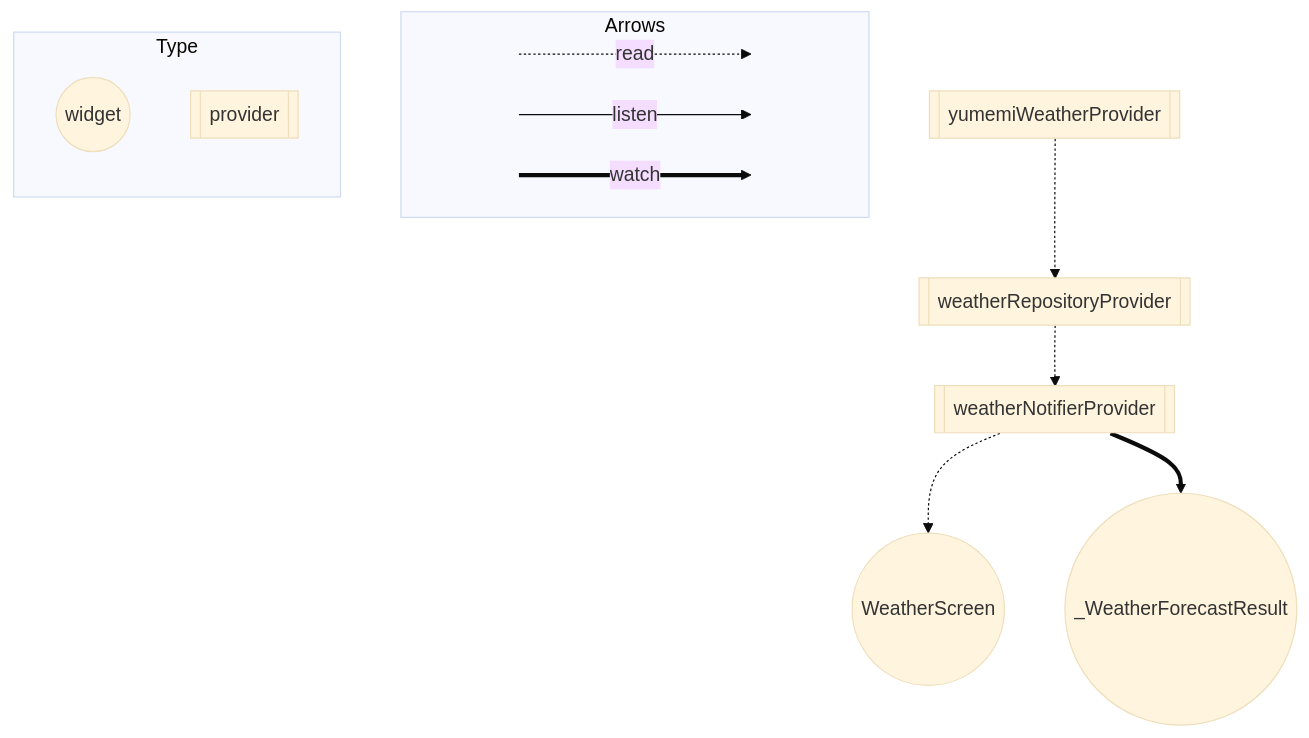
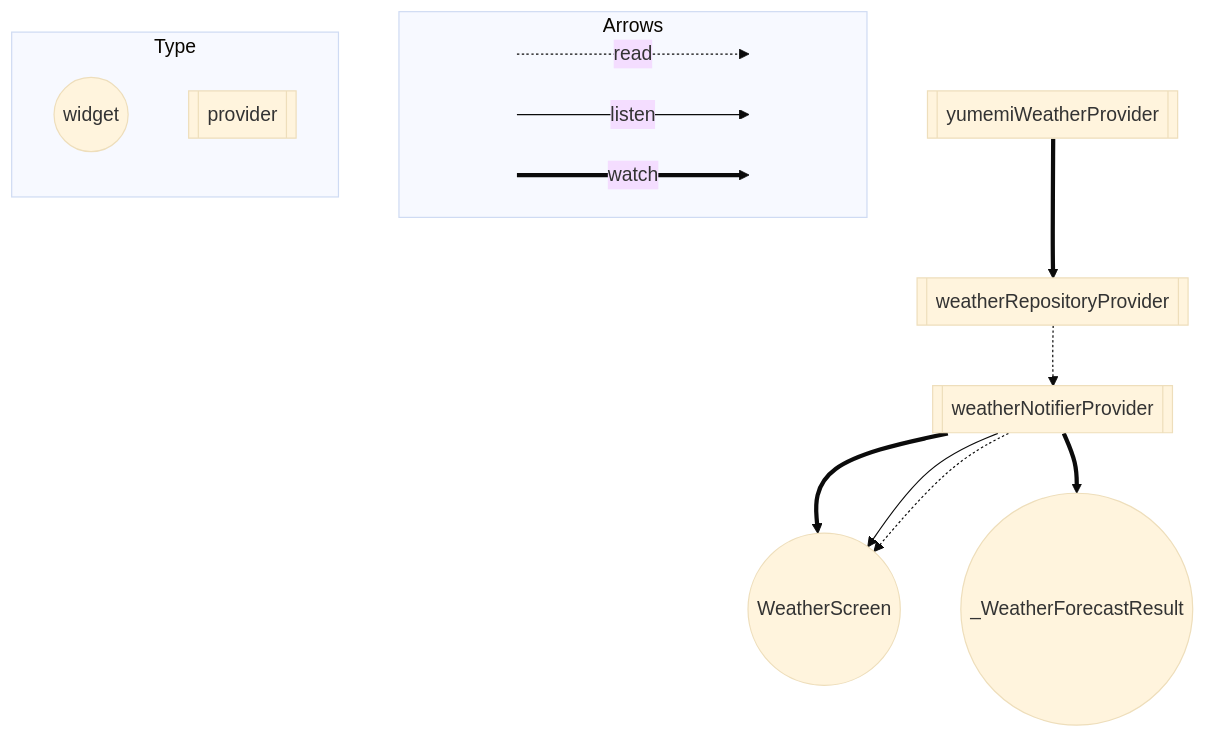
The diagram in ARCHITECTURE.md (NaoyukiSugi/weather-forecast-app), drawn with Mermaid (base theme) before and after one commit.

Commit message:
ARCHITECTURE.md を更新

````diff
--- a/ARCHITECTURE.md
+++ b/ARCHITECTURE.md
@@ -1,31 +1,33 @@
 ```mermaid
 flowchart TB
   subgraph Arrows
     direction LR
     start1[ ] -..->|read| stop1[ ]
     style start1 height:0px;
     style stop1 height:0px;
     start2[ ] --->|listen| stop2[ ]
     style start2 height:0px;
     style stop2 height:0px;
     start3[ ] ===>|watch| stop3[ ]
     style start3 height:0px;
     style stop3 height:0px;
   end
   subgraph Type
     direction TB
     ConsumerWidget((widget));
     Provider[[provider]];
   end
 
   weatherNotifierProvider[["weatherNotifierProvider"]];
   weatherRepositoryProvider[["weatherRepositoryProvider"]];
   yumemiWeatherProvider[["yumemiWeatherProvider"]];
   WeatherScreen((WeatherScreen));
   _WeatherForecastResult((_WeatherForecastResult));
 
+  weatherNotifierProvider ==> WeatherScreen;
+  weatherNotifierProvider --> WeatherScreen;
   weatherNotifierProvider -.-> WeatherScreen;
   weatherNotifierProvider ==> _WeatherForecastResult;
   weatherRepositoryProvider -.-> weatherNotifierProvider;
-  yumemiWeatherProvider -.-> weatherRepositoryProvider;
+  yumemiWeatherProvider ==> weatherRepositoryProvider;
 ```
````
